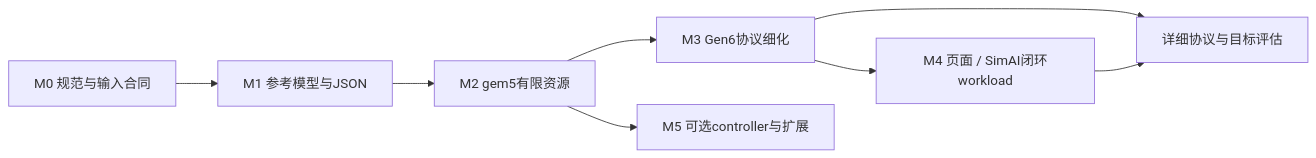
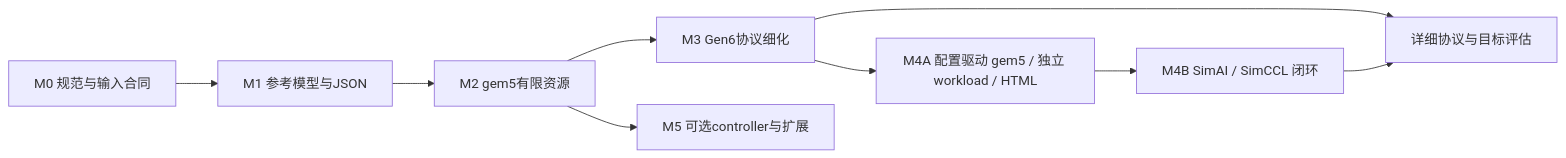
The first of 2 diagrams in docs/pcie_switch/PCIe6_Implementation_Plan.md (caryzoumvp/gem5-pcie), drawn with Mermaid before and after one commit. The commit also changed other lines of this file and 37 other files, not shown here.

````diff
--- a/docs/pcie_switch/PCIe6_Implementation_Plan.md
+++ b/docs/pcie_switch/PCIe6_Implementation_Plan.md
@@ -21,10 +21,11 @@
 ```mermaid
 flowchart LR
   M0[M0 规范与输入合同] --> M1[M1 参考模型与JSON]
   M1 --> M2[M2 gem5有限资源]
   M2 --> M3[M3 Gen6协议细化]
-  M3 --> M4[M4 页面 / SimAI闭环workload]
+  M3 --> M4A[M4A 配置驱动 gem5 / 独立 workload / HTML]
+  M4A --> M4B[M4B SimAI / SimCCL 闭环]
   M3 --> G[详细协议与目标评估]
-  M4 --> G
+  M4B --> G
   M2 --> M5[M5 可选controller与扩展]
 ```
````
